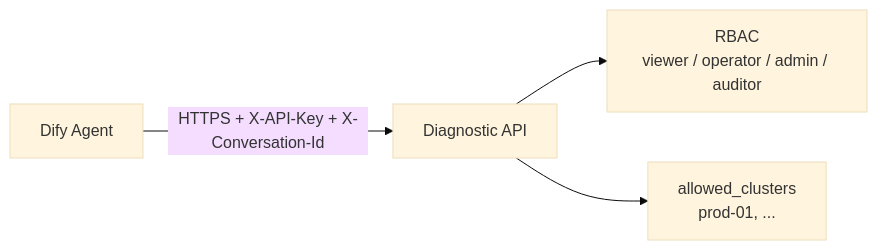
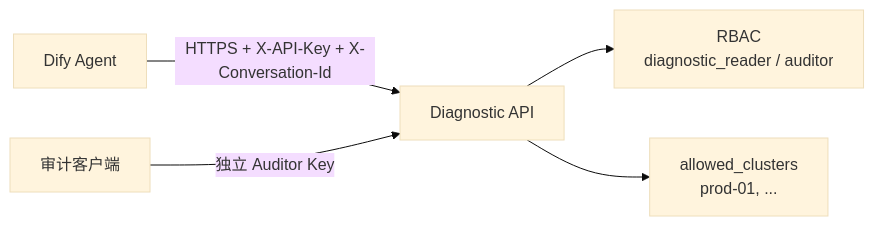
Before and after one commit to yangzhengjie/tidb-diag: the ninth of 10 diagrams in docs/tidb-diag-agent-technical-design.md, drawn with Mermaid (base theme). The commit also changed other lines of this file and 1 other file, not shown here.

Commit message:
docs: refine diagnostic agent requirements and design

````diff
--- a/docs/tidb-diag-agent-technical-design.md
+++ b/docs/tidb-diag-agent-technical-design.md
@@ -782,6 +946,7 @@
 ```mermaid
 flowchart LR
     Dify["Dify Agent"] -->|HTTPS + X-API-Key + X-Conversation-Id| API["Diagnostic API"]
-    API --> RBAC["RBAC<br/>viewer / operator / admin / auditor"]
+    AuditClient["审计客户端"] -->|独立 Auditor Key| API
+    API --> RBAC["RBAC<br/>diagnostic_reader / auditor"]
     API --> Cluster["allowed_clusters<br/>prod-01, ..."]
 ```
````
